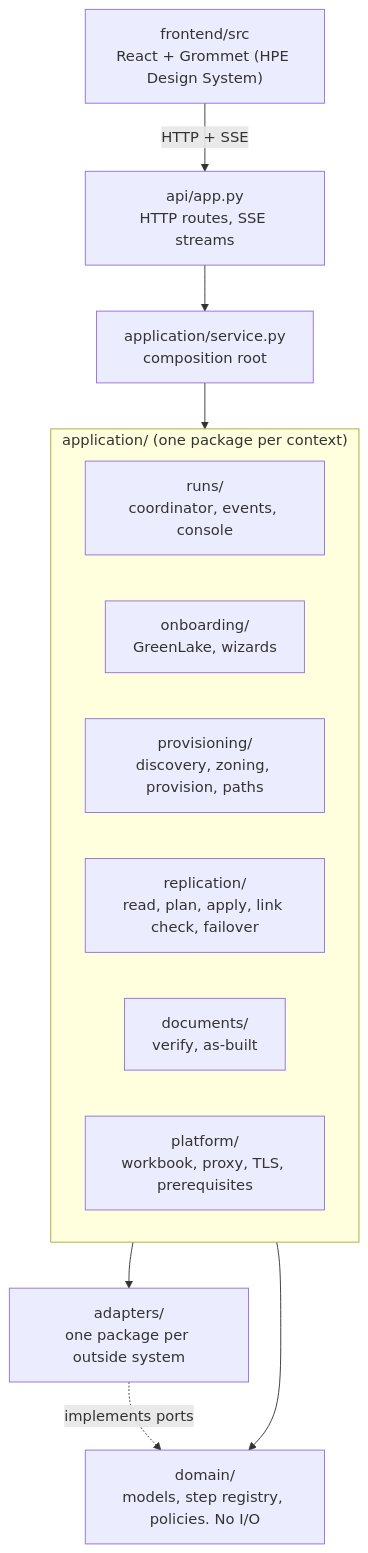
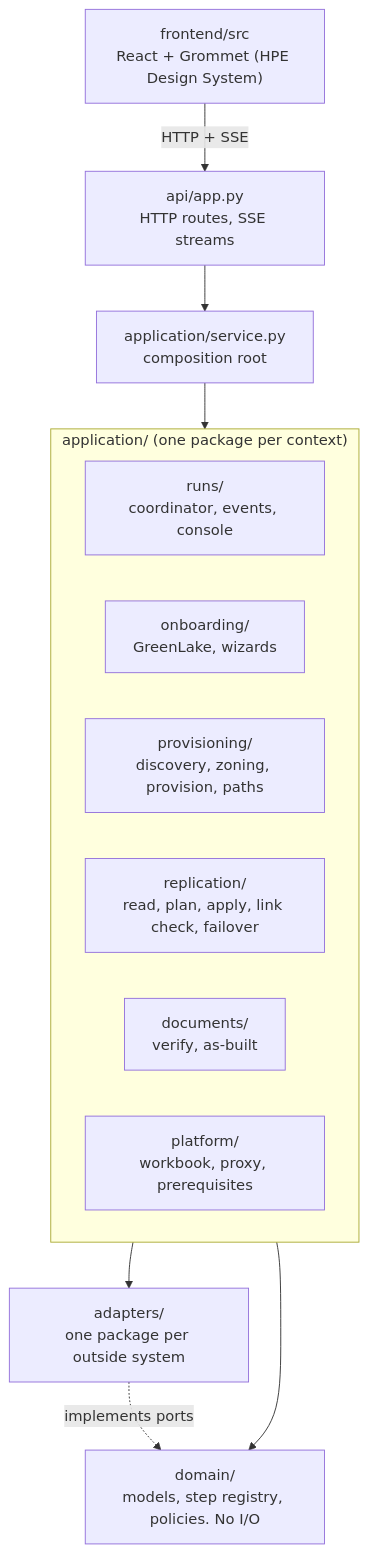
The second of 3 diagrams in Provisioning_Automation/alletra_onboard/docs/design/HLD.md (SaiHPE/Greenlake-Automation), drawn with Mermaid before and after one commit. The commit also changed other lines of this file and 84 other files, not shown here.

````diff
--- a/Provisioning_Automation/alletra_onboard/docs/design/HLD.md
+++ b/Provisioning_Automation/alletra_onboard/docs/design/HLD.md
@@ -196,21 +196,21 @@
 ```mermaid
 flowchart TB
     UI["frontend/src<br/>React + Grommet (HPE Design System)"]
     API["api/app.py<br/>HTTP routes, SSE streams"]
     SVC["application/service.py<br/>composition root"]
     subgraph CTX["application/ (one package per context)"]
         RUNS["runs/<br/>coordinator, events, console"]
         ONB["onboarding/<br/>GreenLake, wizards"]
         PROV["provisioning/<br/>discovery, zoning, provision, paths"]
         REP["replication/<br/>read, plan, apply, link check, failover"]
         DOC["documents/<br/>verify, as-built"]
-        PLAT["platform/<br/>workbook, proxy, TLS, prerequisites"]
+        PLAT["platform/<br/>workbook, proxy, prerequisites"]
     end
     DOM["domain/<br/>models, step registry, policies. No I/O"]
     ADP["adapters/<br/>one package per outside system"]
 
     UI -- "HTTP + SSE" --> API --> SVC --> CTX
     CTX --> DOM
     CTX --> ADP
     ADP -. "implements ports" .-> DOM
 ```
````
